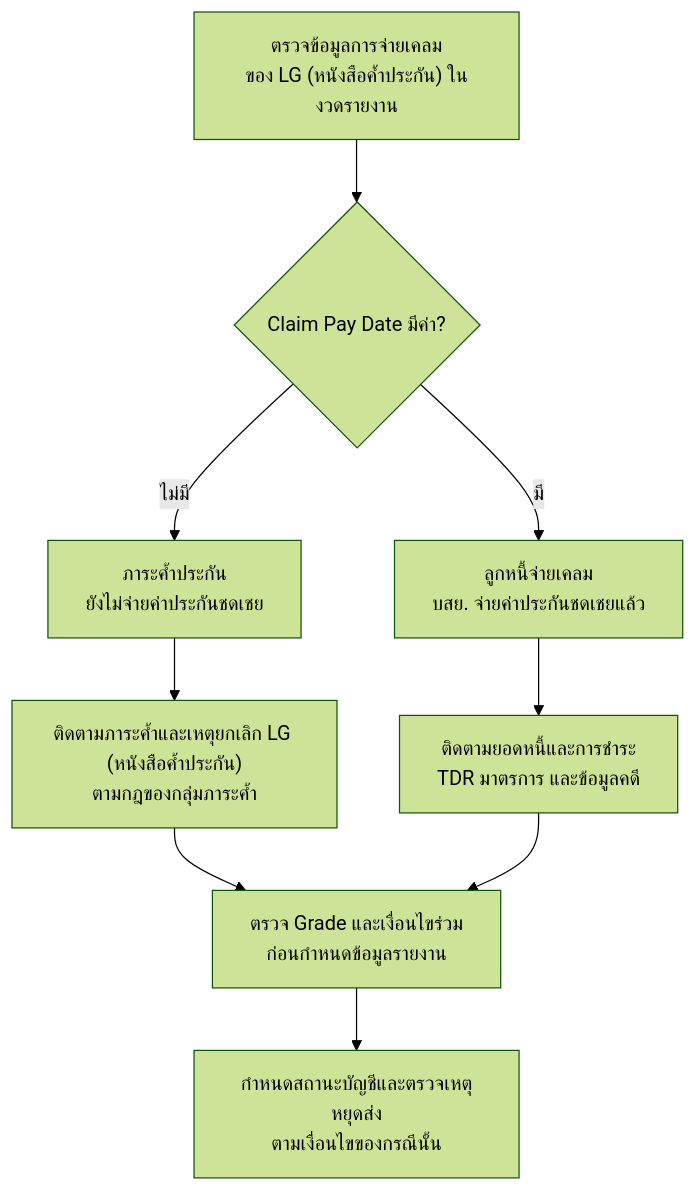
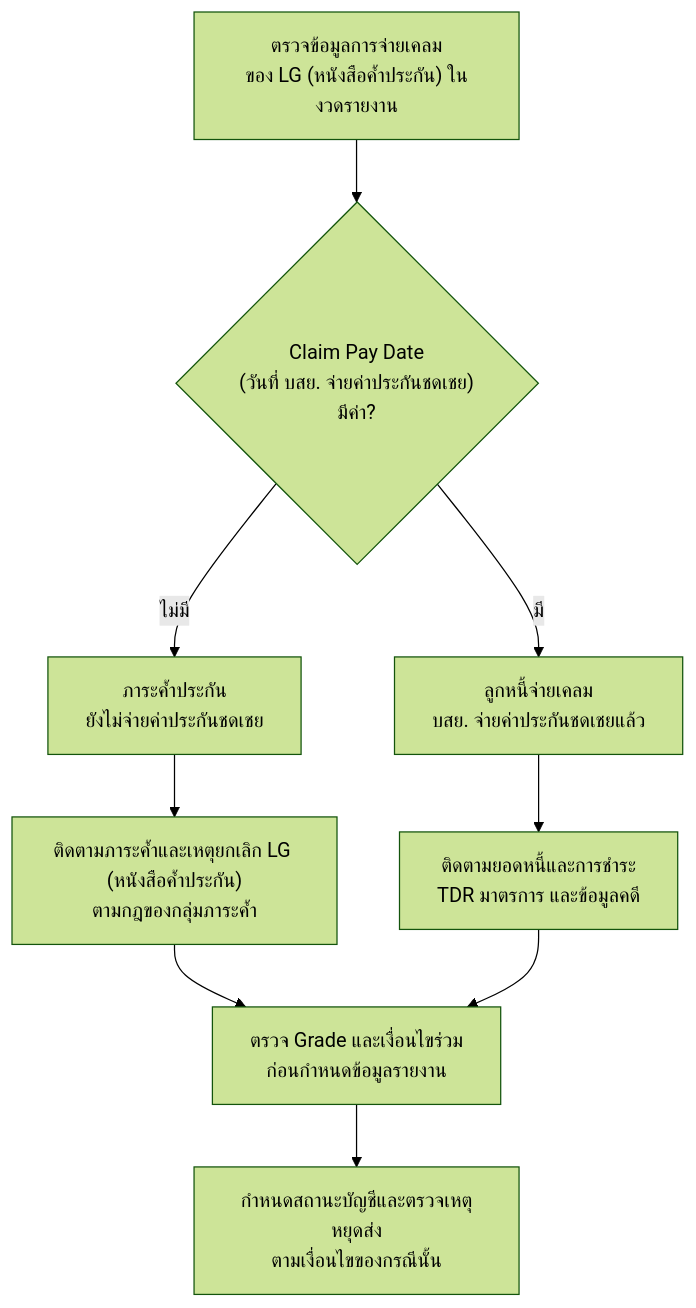
Before and after one commit to yukasung/eodncb: the fourth of 4 diagrams in app/overview/page.mdx, drawn with Mermaid (forest theme). The commit also changed other lines of this file, not shown here.

Commit message:
docs: explain Claim Pay Date in overview text and flowchart

````diff
--- a/app/overview/page.mdx
+++ b/app/overview/page.mdx
@@ -153,11 +153,11 @@
 ```mermaid
 flowchart TD
-    A["ตรวจข้อมูลการจ่ายเคลม<br/>ของ LG (หนังสือค้ำประกัน) ในงวดรายงาน"] --> B{"Claim Pay Date มีค่า?"}
+    A["ตรวจข้อมูลการจ่ายเคลม<br/>ของ LG (หนังสือค้ำประกัน) ในงวดรายงาน"] --> B{"Claim Pay Date<br/>(วันที่ บสย. จ่ายค่าประกันชดเชย)<br/>มีค่า?"}
     B -->|ไม่มี| C["ภาระค้ำประกัน<br/>ยังไม่จ่ายค่าประกันชดเชย"]
     C --> D["ติดตามภาระค้ำและเหตุยกเลิก LG (หนังสือค้ำประกัน)<br/>ตามกฎของกลุ่มภาระค้ำ"]
     B -->|มี| E["ลูกหนี้จ่ายเคลม<br/>บสย. จ่ายค่าประกันชดเชยแล้ว"]
     E --> F["ติดตามยอดหนี้และการชำระ<br/>TDR มาตรการ และข้อมูลคดี"]
     D --> G["ตรวจ Grade และเงื่อนไขร่วม<br/>ก่อนกำหนดข้อมูลรายงาน"]
     F --> G
     G --> H["กำหนดสถานะบัญชีและตรวจเหตุหยุดส่ง<br/>ตามเงื่อนไขของกรณีนั้น"]
 ```
````
